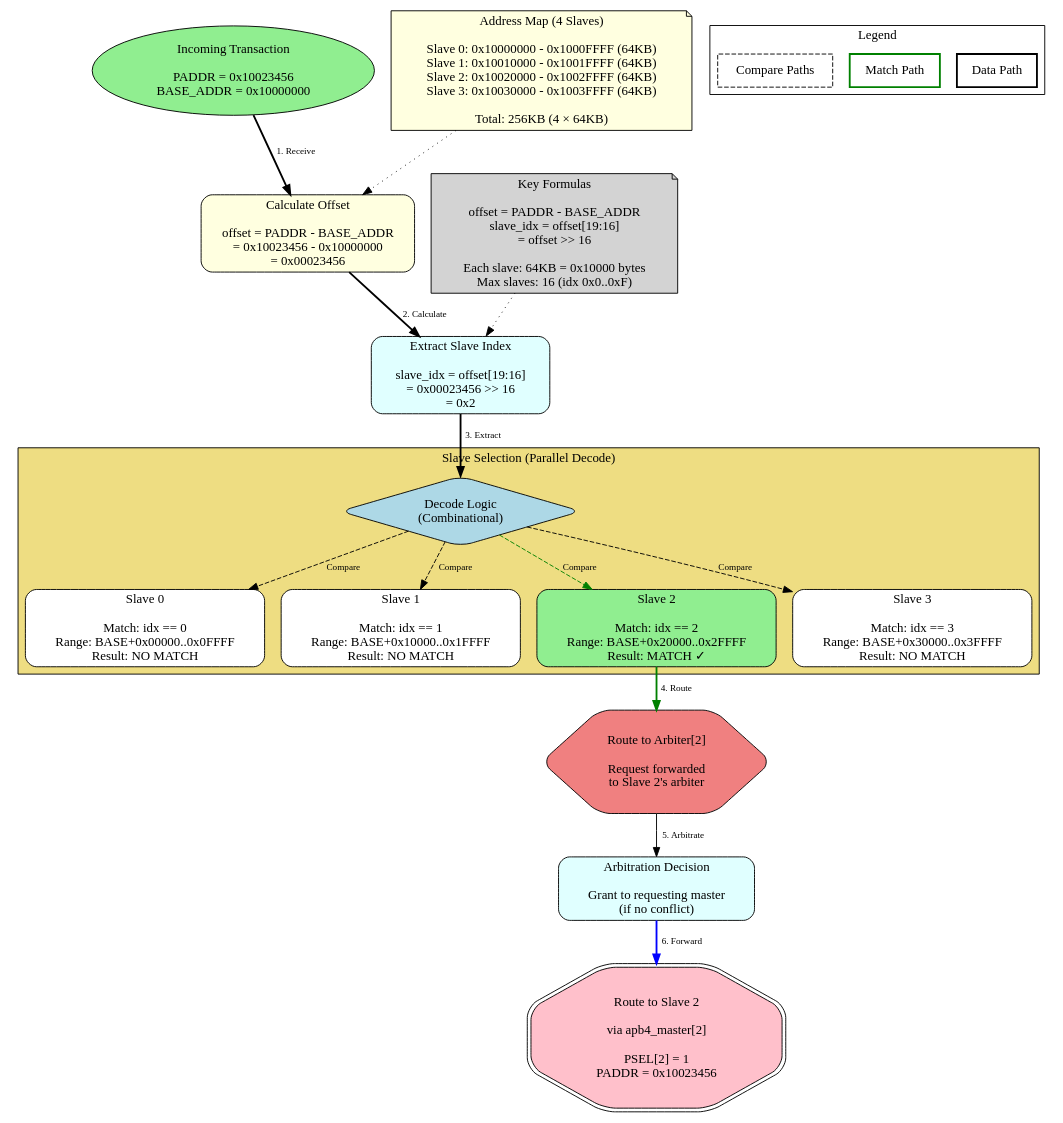
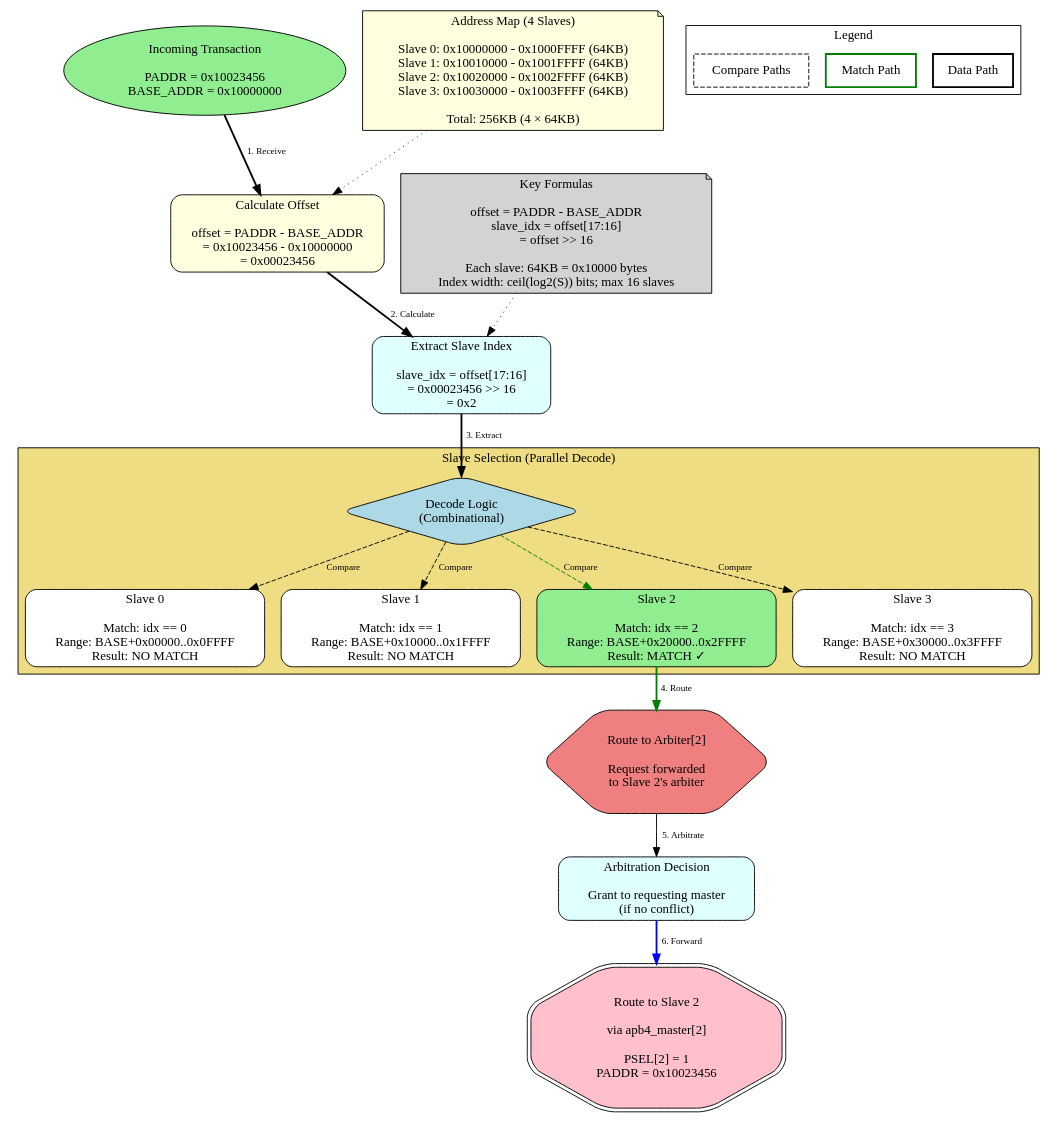
The diagram in projects/components/apbx-xbar/docs/apbx_xbar_mas/assets/graphviz/address_decode_flow.gv (sean-galloway/RTLDesignSherpa), drawn with Graphviz before and after one commit. The commit also changed 16 other files, not shown here.

```diff
--- a/projects/components/apbx-xbar/docs/apbx_xbar_mas/assets/graphviz/address_decode_flow.gv
+++ b/projects/components/apbx-xbar/docs/apbx_xbar_mas/assets/graphviz/address_decode_flow.gv
@@ -1,75 +1,75 @@
 // APB Crossbar Address Decode Flow
 // Module: Address decode logic
 // Purpose: Show how addresses map to slaves
 
 digraph address_decode_flow {
     rankdir=TB;
     node [shape=box, style="rounded,filled", fillcolor=lightblue];
     edge [fontsize=10];
 
     // Incoming Transaction
     incoming [label="Incoming Transaction\n\nPADDR = 0x10023456\nBASE_ADDR = 0x10000000", shape=ellipse, fillcolor=lightgreen];
 
     // Calculate Offset
     calc_offset [label="Calculate Offset\n\noffset = PADDR - BASE_ADDR\n= 0x10023456 - 0x10000000\n= 0x00023456", fillcolor=lightyellow];
 
     // Extract Slave Index
-    extract_idx [label="Extract Slave Index\n\nslave_idx = offset[19:16]\n= 0x00023456 >> 16\n= 0x2", fillcolor=lightcyan];
+    extract_idx [label="Extract Slave Index\n\nslave_idx = offset[17:16]\n= 0x00023456 >> 16\n= 0x2", fillcolor=lightcyan];
 
     // Slave Selection
     subgraph cluster_slaves {
         label="Slave Selection (Parallel Decode)";
         style=filled;
         fillcolor=lightgoldenrod;
 
         decode [label="Decode Logic\n(Combinational)", shape=diamond];
 
         s0 [label="Slave 0\n\nMatch: idx == 0\nRange: BASE+0x00000..0x0FFFF\nResult: NO MATCH", fillcolor=white];
         s1 [label="Slave 1\n\nMatch: idx == 1\nRange: BASE+0x10000..0x1FFFF\nResult: NO MATCH", fillcolor=white];
         s2 [label="Slave 2\n\nMatch: idx == 2\nRange: BASE+0x20000..0x2FFFF\nResult: MATCH ✓", fillcolor=lightgreen];
         s3 [label="Slave 3\n\nMatch: idx == 3\nRange: BASE+0x30000..0x3FFFF\nResult: NO MATCH", fillcolor=white];
     }
 
     // Route to Arbiter
     route_arb [label="Route to Arbiter[2]\n\nRequest forwarded\nto Slave 2's arbiter", shape=hexagon, fillcolor=lightcoral];
 
     // Arbitration Decision
     arb_decision [label="Arbitration Decision\n\nGrant to requesting master\n(if no conflict)", fillcolor=lightcyan];
 
     // Route to Slave
     route_slave [label="Route to Slave 2\n\nvia apb4_master[2]\n\nPSEL[2] = 1\nPADDR = 0x10023456", shape=doubleoctagon, fillcolor=pink];
 
     // Data Flow
     incoming -> calc_offset [label="1. Receive", style=bold];
     calc_offset -> extract_idx [label="2. Calculate", style=bold];
     extract_idx -> decode [label="3. Extract", style=bold];
 
     decode -> s0 [label="Compare", style=dashed];
     decode -> s1 [label="Compare", style=dashed];
     decode -> s2 [label="Compare", style=dashed, color=green];
     decode -> s3 [label="Compare", style=dashed];
 
     s2 -> route_arb [label="4. Route", style=bold, color=green];
     route_arb -> arb_decision [label="5. Arbitrate"];
     arb_decision -> route_slave [label="6. Forward", style=bold, color=blue];
 
     // Address Map Reference
     addr_map [label="Address Map (4 Slaves)\n\nSlave 0: 0x10000000 - 0x1000FFFF (64KB)\nSlave 1: 0x10010000 - 0x1001FFFF (64KB)\nSlave 2: 0x10020000 - 0x1002FFFF (64KB)\nSlave 3: 0x10030000 - 0x1003FFFF (64KB)\n\nTotal: 256KB (4 × 64KB)", shape=note, fillcolor=lightyellow];
 
     // Key Formulas
-    formulas [label="Key Formulas\n\noffset = PADDR - BASE_ADDR\nslave_idx = offset[19:16]\n= offset >> 16\n\nEach slave: 64KB = 0x10000 bytes\nMax slaves: 16 (idx 0x0..0xF)", shape=note, fillcolor=lightgray];
+    formulas [label="Key Formulas\n\noffset = PADDR - BASE_ADDR\nslave_idx = offset[17:16]\n= offset >> 16\n\nEach slave: 64KB = 0x10000 bytes\nIndex width: ceil(log2(S)) bits; max 16 slaves", shape=note, fillcolor=lightgray];
 
     addr_map -> calc_offset [style=dotted];
     formulas -> extract_idx [style=dotted];
 
     // Legend
     subgraph cluster_legend {
         label="Legend";
         style=filled;
         fillcolor=white;
 
         leg_data [label="Data Path", style=bold];
         leg_match [label="Match Path", style=bold, color=green];
         leg_compare [label="Compare Paths", style=dashed];
     }
 }
```
